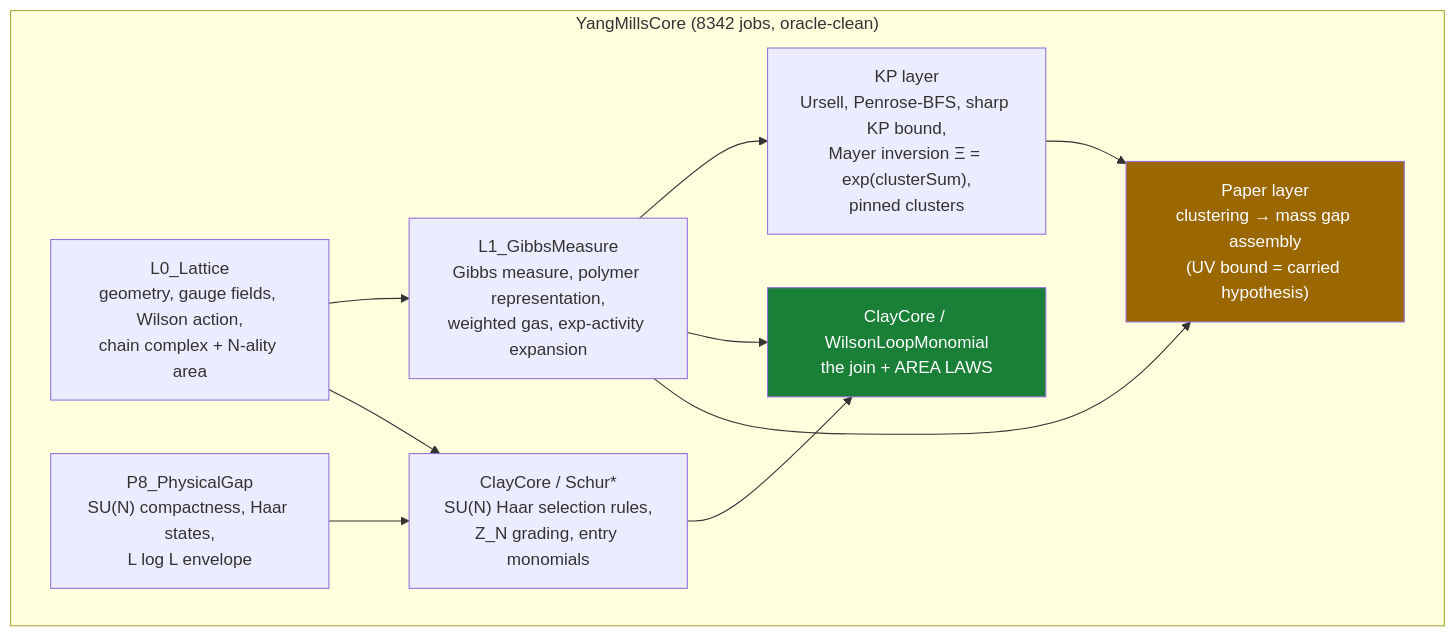
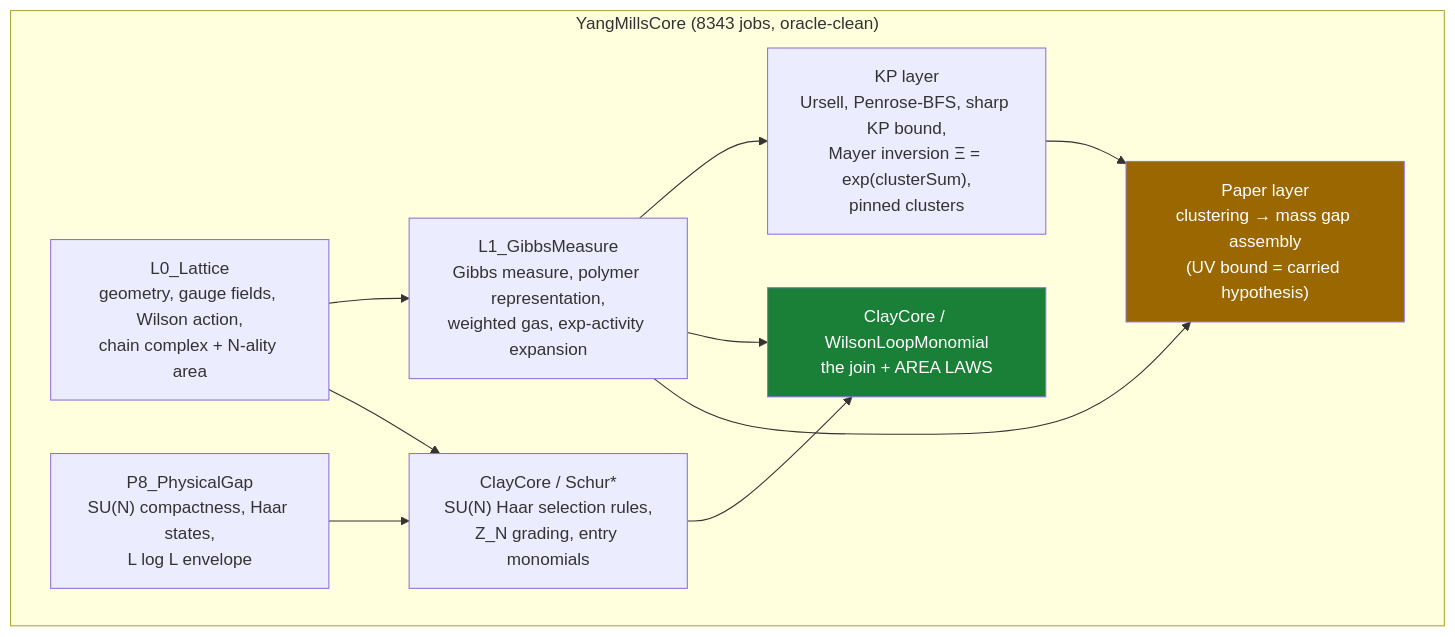
One commit to lluiseriksson/THE-ERIKSSON-PROGRAMME changed the diagram in README.md. Above: the diagram before and after it, drawn with Mermaid. The commit also changed other lines of this file and 7 other files, not shown here.

````diff
--- a/README.md
+++ b/README.md
@@ -303,20 +303,20 @@
 ```mermaid
 graph TD
-    subgraph core["YangMillsCore  (8342 jobs, oracle-clean)"]
+    subgraph core["YangMillsCore  (8343 jobs, oracle-clean)"]
         L0["L0_Lattice<br/>geometry, gauge fields, Wilson action,<br/>chain complex + N-ality area"]
         L1["L1_GibbsMeasure<br/>Gibbs measure, polymer representation,<br/>weighted gas, exp-activity expansion"]
         KP["KP layer<br/>Ursell, Penrose-BFS, sharp KP bound,<br/>Mayer inversion Ξ = exp(clusterSum),<br/>pinned clusters"]
         SCHUR["ClayCore / Schur*<br/>SU(N) Haar selection rules,<br/>Z_N grading, entry monomials"]
         WLM["ClayCore / WilsonLoopMonomial<br/>the join + AREA LAWS"]
         PAPER["Paper layer<br/>clustering → mass gap assembly<br/>(UV bound = carried hypothesis)"]
         P8["P8_PhysicalGap<br/>SU(N) compactness, Haar states,<br/>L log L envelope"]
     end
     L0 --> L1 --> KP
     L0 --> SCHUR --> WLM
     L1 --> WLM
     L1 --> PAPER
     KP --> PAPER
     P8 --> SCHUR
     style WLM fill:#1a7f37,color:#fff
     style PAPER fill:#9a6700,color:#fff
 ```
````
